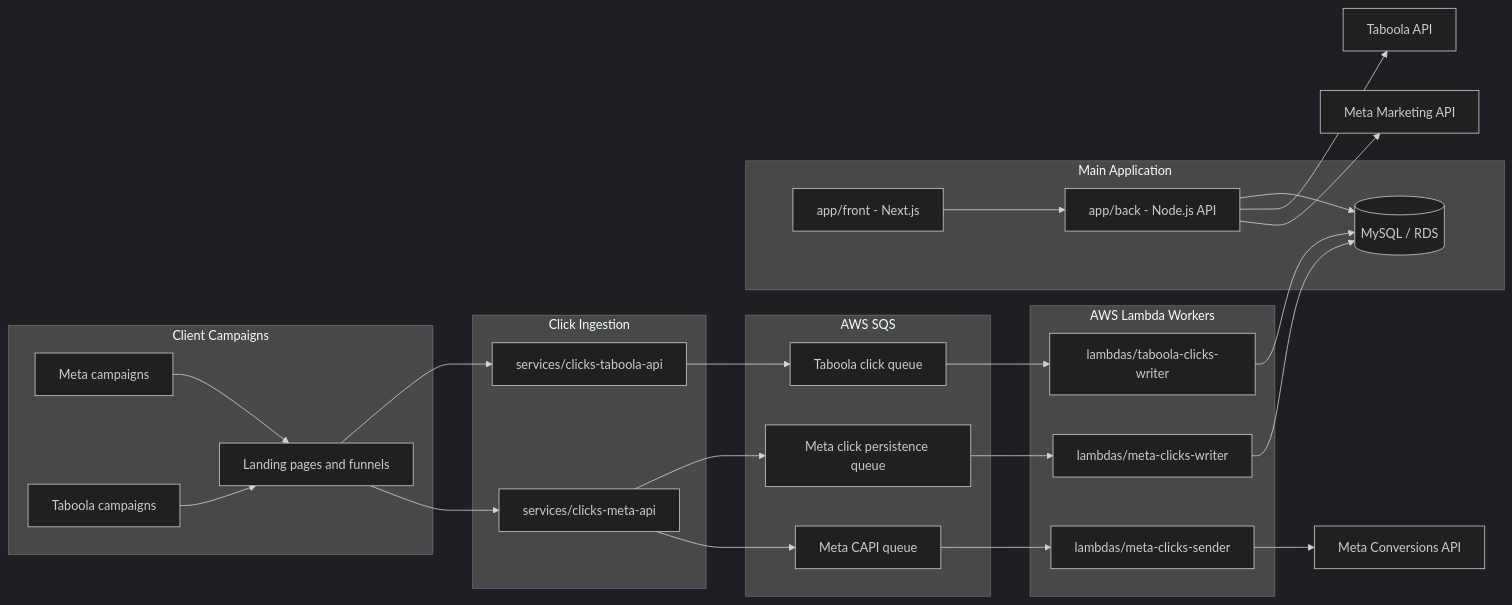
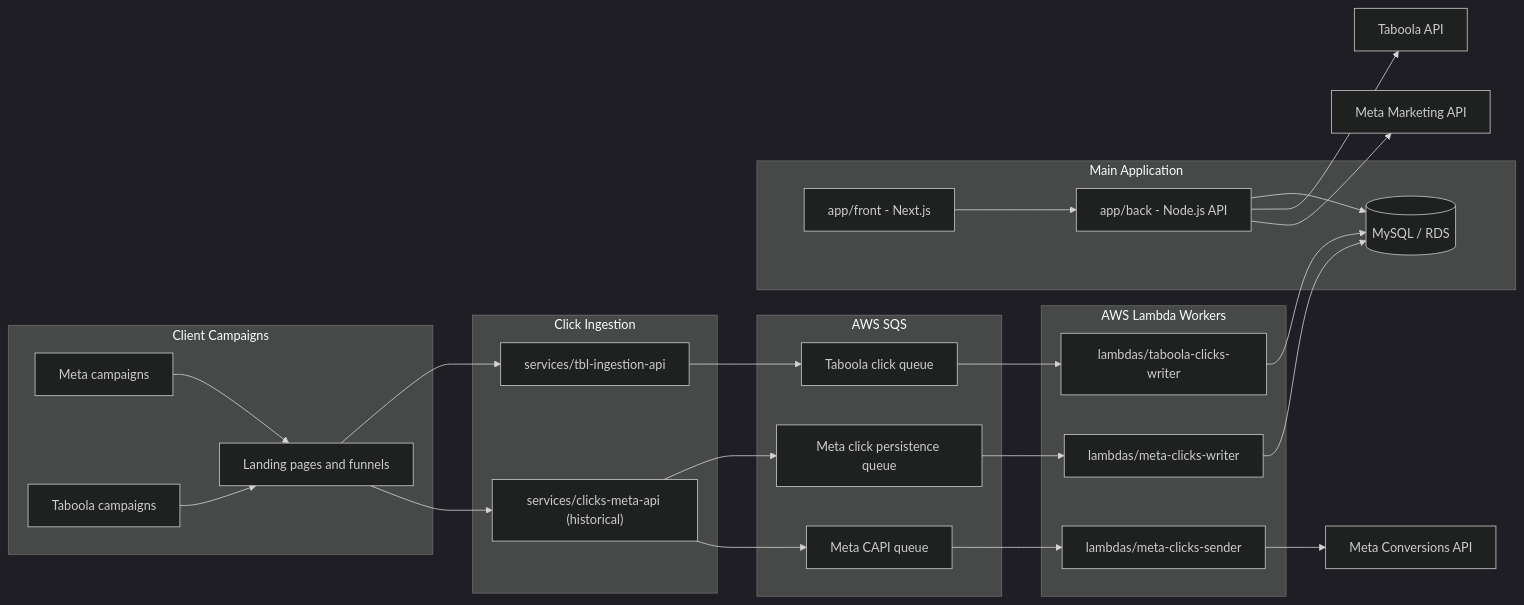
One commit to FCRez95/oracclum changed the first of 3 diagrams in README.md. Above: the diagram before and after it, drawn with Mermaid (dark theme). The commit also changed other lines of this file and 48 other files, not shown here.

Commit message:
chore: add tbl-ingestion-api service to project

````diff
--- a/README.md
+++ b/README.md
@@ -25,53 +25,53 @@
 ```mermaid
 flowchart LR
     subgraph Clients["Client Campaigns"]
         LP["Landing pages and funnels"]
         Meta["Meta campaigns"]
         Taboola["Taboola campaigns"]
     end
 
     subgraph Ingestion["Click Ingestion"]
-        TaboolaAPI["services/clicks-taboola-api"]
-        MetaAPI["services/clicks-meta-api"]
+        TaboolaAPI["services/tbl-ingestion-api"]
+        MetaAPI["services/clicks-meta-api (historical)"]
     end
 
     subgraph Queues["AWS SQS"]
         TaboolaQueue["Taboola click queue"]
         MetaDBQueue["Meta click persistence queue"]
         MetaCAPIQueue["Meta CAPI queue"]
     end
 
     subgraph Workers["AWS Lambda Workers"]
         TaboolaWriter["lambdas/taboola-clicks-writer"]
         MetaWriter["lambdas/meta-clicks-writer"]
         MetaSender["lambdas/meta-clicks-sender"]
     end
 
     subgraph App["Main Application"]
         Front["app/front - Next.js"]
         Back["app/back - Node.js API"]
         DB[("MySQL / RDS")]
     end
 
     Taboola --> LP
     Meta --> LP
     LP --> TaboolaAPI
     LP --> MetaAPI
 
     TaboolaAPI --> TaboolaQueue
     MetaAPI --> MetaDBQueue
     MetaAPI --> MetaCAPIQueue
 
     TaboolaQueue --> TaboolaWriter
     MetaDBQueue --> MetaWriter
     MetaCAPIQueue --> MetaSender
 
     TaboolaWriter --> DB
     MetaWriter --> DB
     MetaSender --> MetaGraph["Meta Conversions API"]
 
     Front --> Back
     Back --> DB
     Back --> TaboolaExternal["Taboola API"]
     Back --> MetaExternal["Meta Marketing API"]
 ```
````
